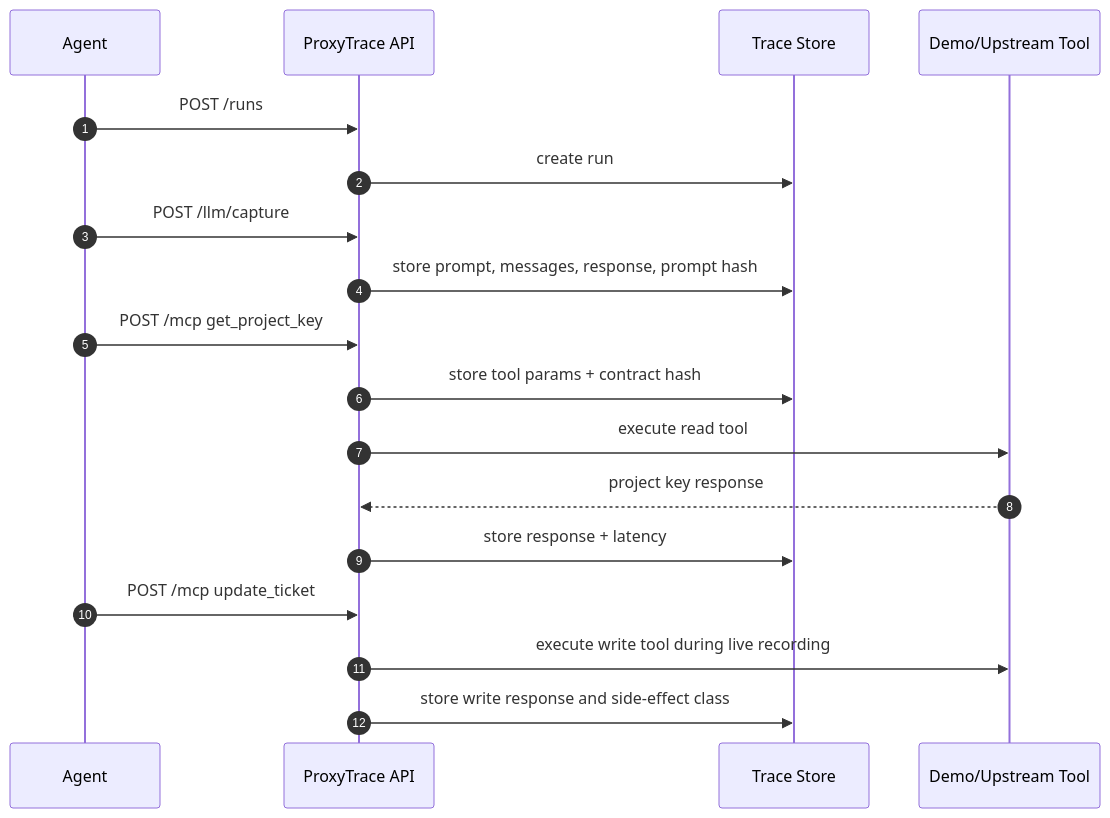
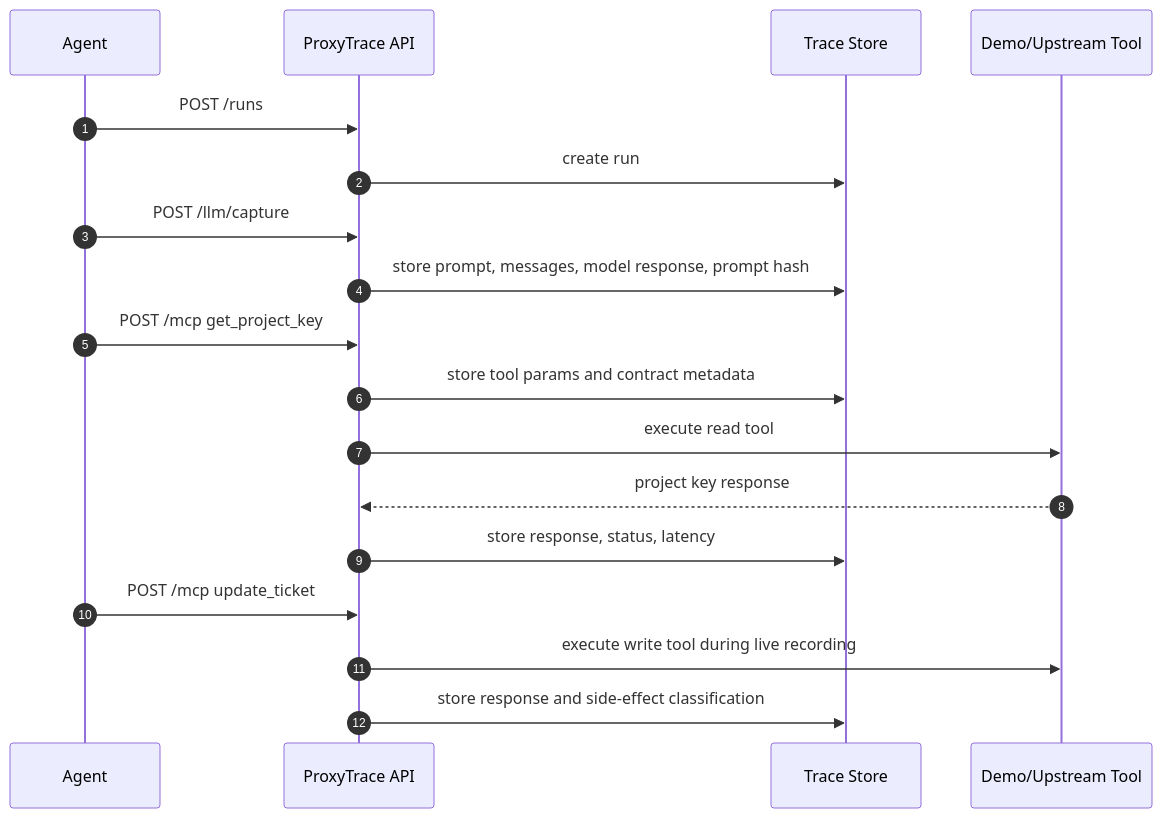
The second of 4 diagrams in README.md (defi12748/ProxyTrace), drawn with Mermaid before and after one commit. The commit also changed other lines of this file and 1 other file, not shown here.

````diff
--- a/README.md
+++ b/README.md
@@ -75,21 +97,21 @@
 ```mermaid
 sequenceDiagram
     autonumber
     participant Agent
     participant API as ProxyTrace API
     participant Store as Trace Store
     participant Tool as Demo/Upstream Tool
 
     Agent->>API: POST /runs
     API->>Store: create run
     Agent->>API: POST /llm/capture
-    API->>Store: store prompt, messages, response, prompt hash
+    API->>Store: store prompt, messages, model response, prompt hash
     Agent->>API: POST /mcp get_project_key
-    API->>Store: store tool params + contract hash
+    API->>Store: store tool params and contract metadata
     API->>Tool: execute read tool
     Tool-->>API: project key response
-    API->>Store: store response + latency
+    API->>Store: store response, status, latency
     Agent->>API: POST /mcp update_ticket
     API->>Tool: execute write tool during live recording
-    API->>Store: store write response and side-effect class
+    API->>Store: store response and side-effect classification
 ```
````
